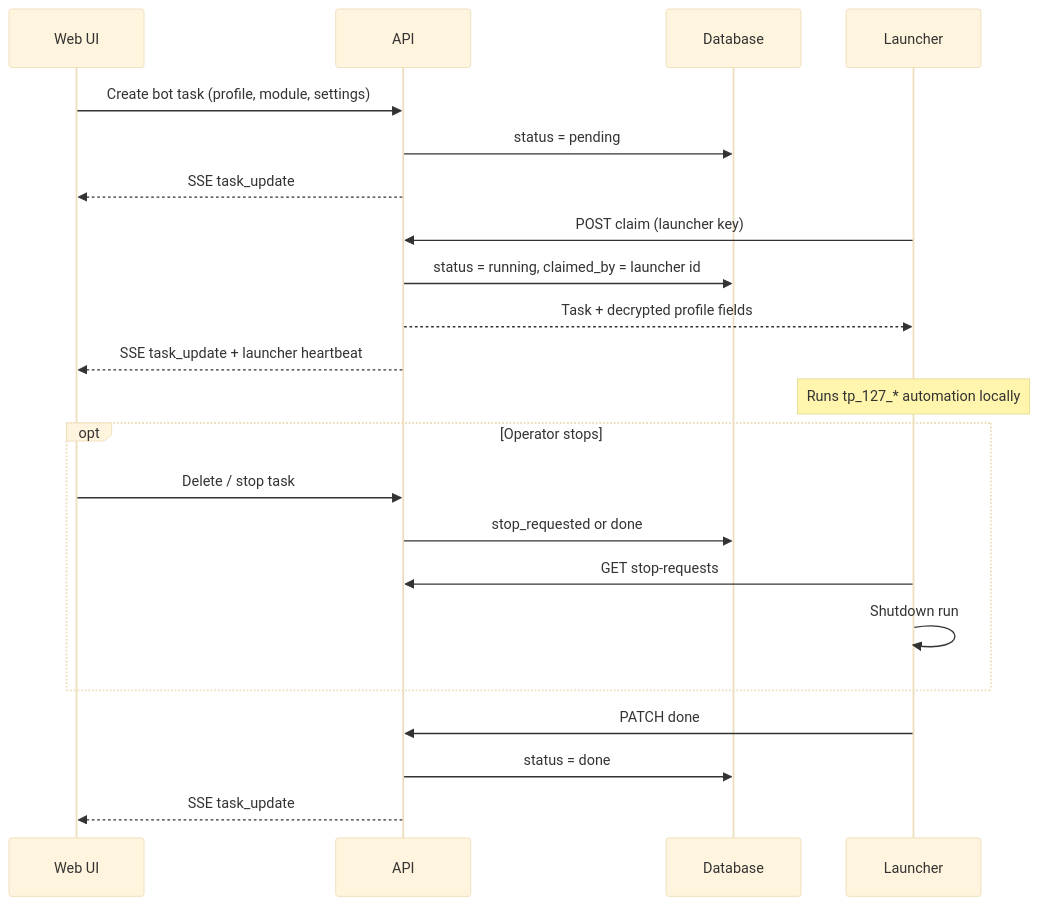
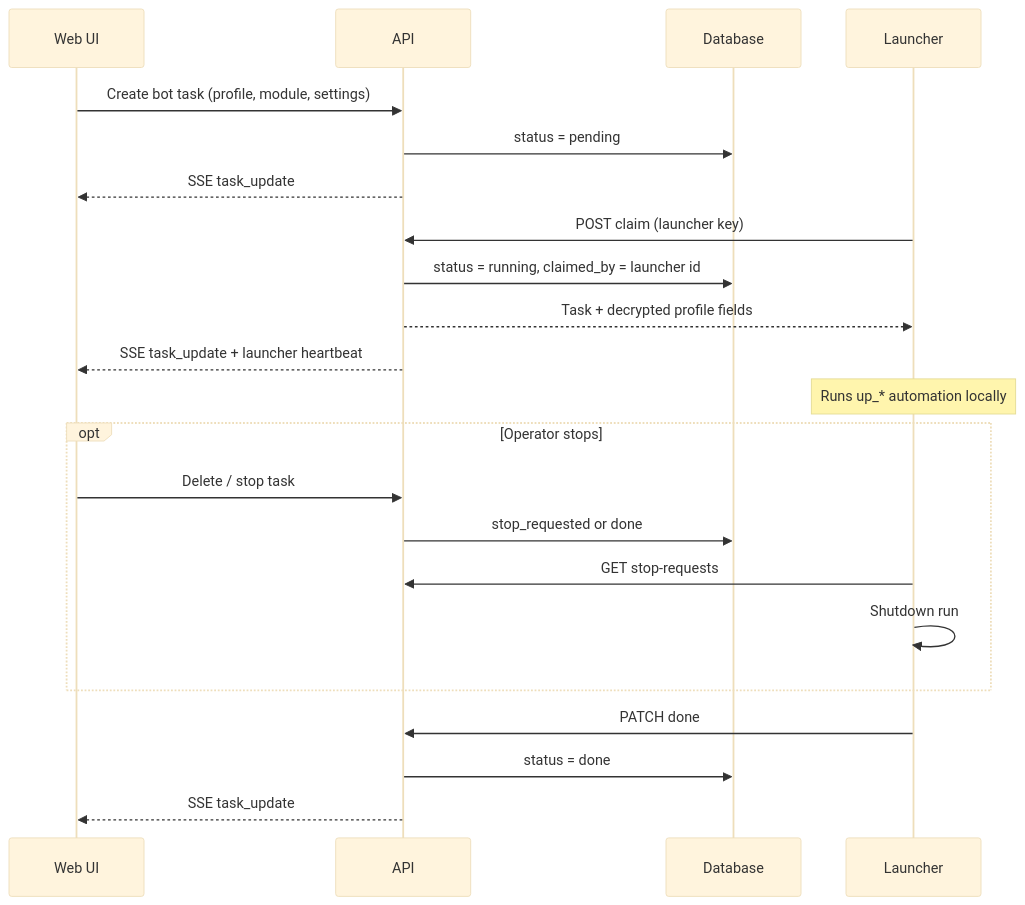
One commit to wangbrady004-gif/operation-platform changed the second of 2 diagrams in README.md. Above: the diagram before and after it, drawn with Mermaid (base theme). The commit also changed 6 other files, not shown here.

````diff
--- a/README.md
+++ b/README.md
@@ -40,29 +40,29 @@
 ```mermaid
 sequenceDiagram
   participant UI as Web UI
   participant API as API
   participant DB as Database
   participant L as Launcher
 
   UI->>API: Create bot task (profile, module, settings)
   API->>DB: status = pending
   API-->>UI: SSE task_update
 
   L->>API: POST claim (launcher key)
   API->>DB: status = running, claimed_by = launcher id
   API-->>L: Task + decrypted profile fields
   API-->>UI: SSE task_update + launcher heartbeat
 
-  Note over L: Runs tp_127_* automation locally
+  Note over L: Runs up_* automation locally
 
   opt Operator stops
     UI->>API: Delete / stop task
     API->>DB: stop_requested or done
     L->>API: GET stop-requests
     L->>L: Shutdown run
   end
 
   L->>API: PATCH done
   API->>DB: status = done
   API-->>UI: SSE task_update
 ```
````
